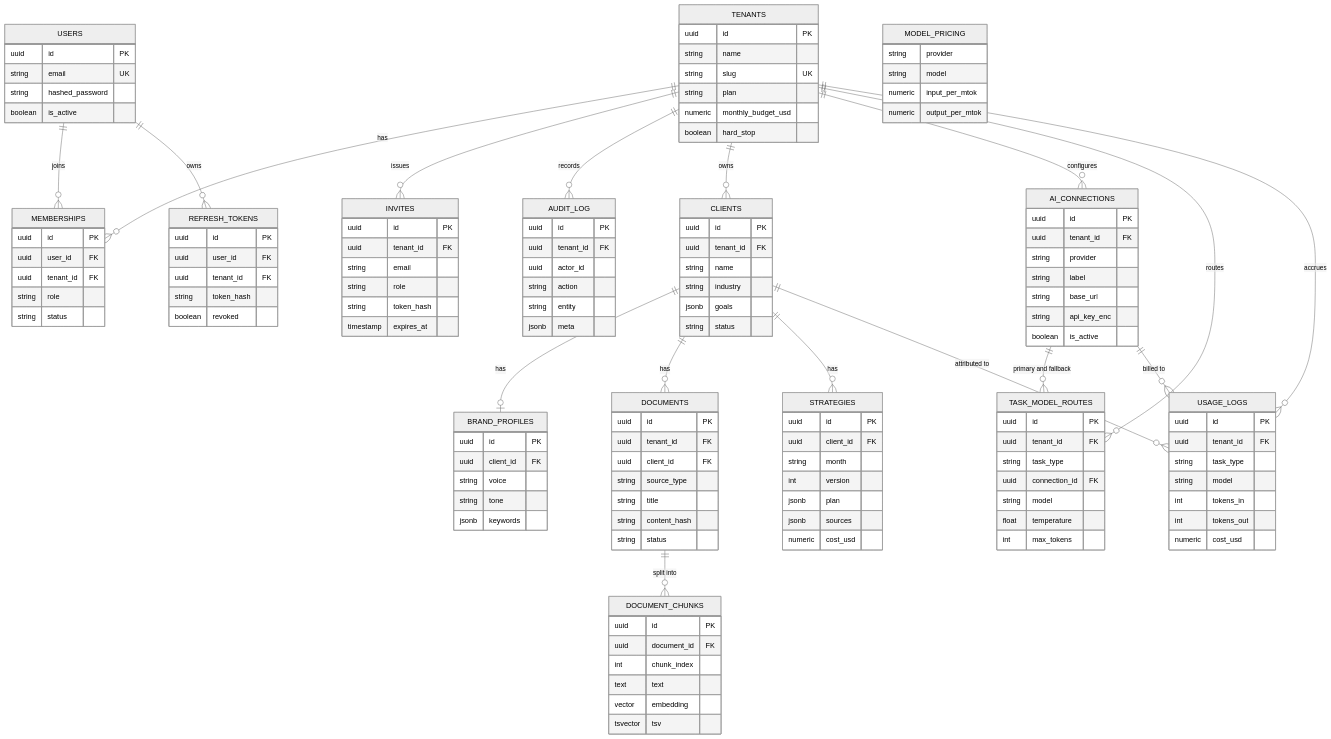
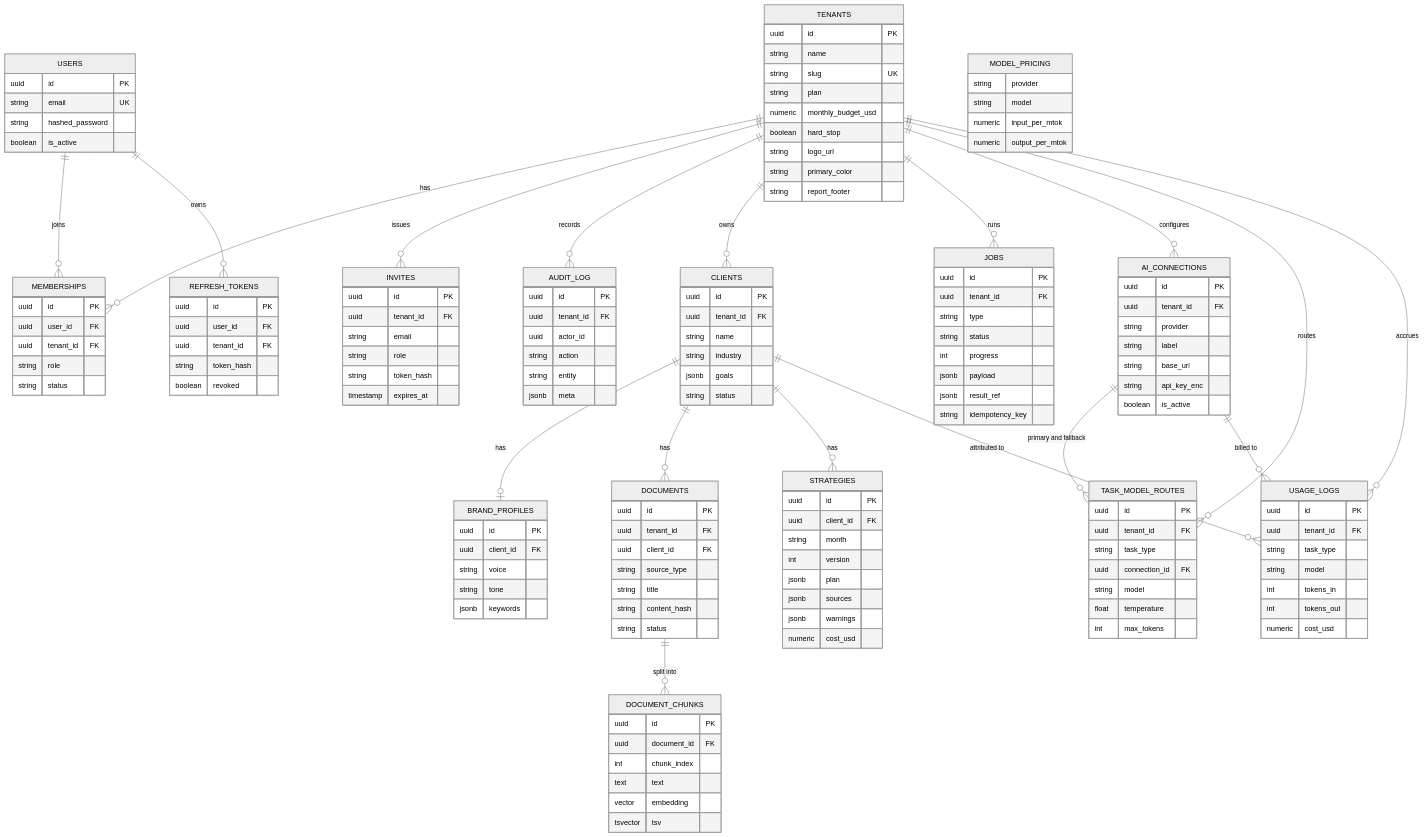
Before and after one commit to shrxprxyx/MarketPilot: the seventh of 15 diagrams in README.md, drawn with Mermaid (neutral theme). The commit also changed other lines of this file, not shown here.

First line of the commit message:
[docs] : bring the README up to date with jobs, rate limits, branding and the new tests

```diff
--- a/README.md
+++ b/README.md
@@ -423,6 +436,7 @@
     CLIENTS ||--o{ DOCUMENTS : has
     DOCUMENTS ||--o{ DOCUMENT_CHUNKS : "split into"
     CLIENTS ||--o{ STRATEGIES : has
+    TENANTS ||--o{ JOBS : runs
     TENANTS ||--o{ AI_CONNECTIONS : configures
     TENANTS ||--o{ TASK_MODEL_ROUTES : routes
     AI_CONNECTIONS ||--o{ TASK_MODEL_ROUTES : "primary and fallback"
@@ -437,6 +451,9 @@
         string plan
         numeric monthly_budget_usd
         boolean hard_stop
+        string logo_url
+        string primary_color
+        string report_footer
     }
     USERS {
         uuid id PK
@@ -513,7 +530,18 @@
         int version
         jsonb plan
         jsonb sources
+        jsonb warnings
         numeric cost_usd
+    }
+    JOBS {
+        uuid id PK
+        uuid tenant_id FK
+        string type
+        string status
+        int progress
+        jsonb payload
+        jsonb result_ref
+        string idempotency_key
     }
     AI_CONNECTIONS {
         uuid id PK
```
